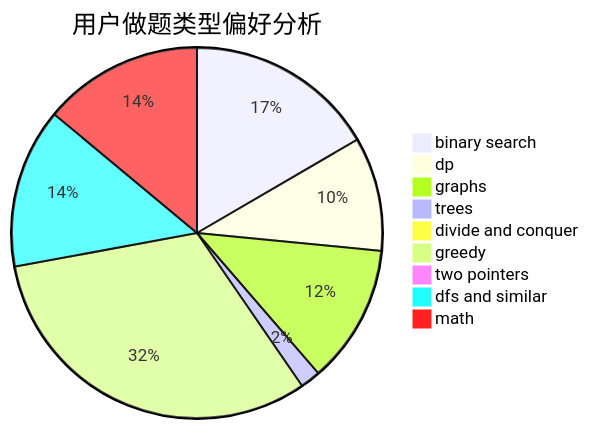
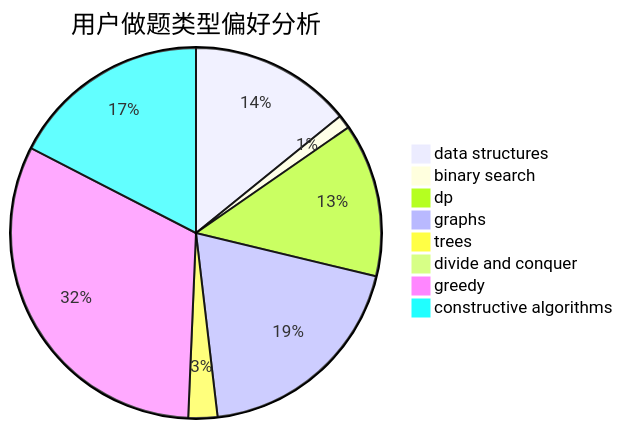
One commit to sherpahu/cfrs.github.io changed the second of 3 diagrams in docs/user/u1236.md. Above: the diagram before and after it, drawn with Mermaid. The commit also changed other lines of this file and 2775 other files, not shown here.

````diff
--- a/docs/user/u1236.md
+++ b/docs/user/u1236.md
@@ -23,12 +23,11 @@
 ```mermaid
 pie title 用户做题类型偏好分析
-    "binary search" :  207
-    "dp" :  124
-    "graphs" :  151
-    "trees" :  22
-    "divide and conquer" :  2
-    "greedy" :  395
-    "two pointers" :  0
-    "dfs and similar" :  174
-    "math" :  174
+    "data structures" :  95
+    "binary search" :  8
+    "dp" :  90
+    "graphs" :  130
+    "trees" :  17
+    "divide and conquer" :  0
+    "greedy" :  214
+    "constructive algorithms" :  117
 ```
````
